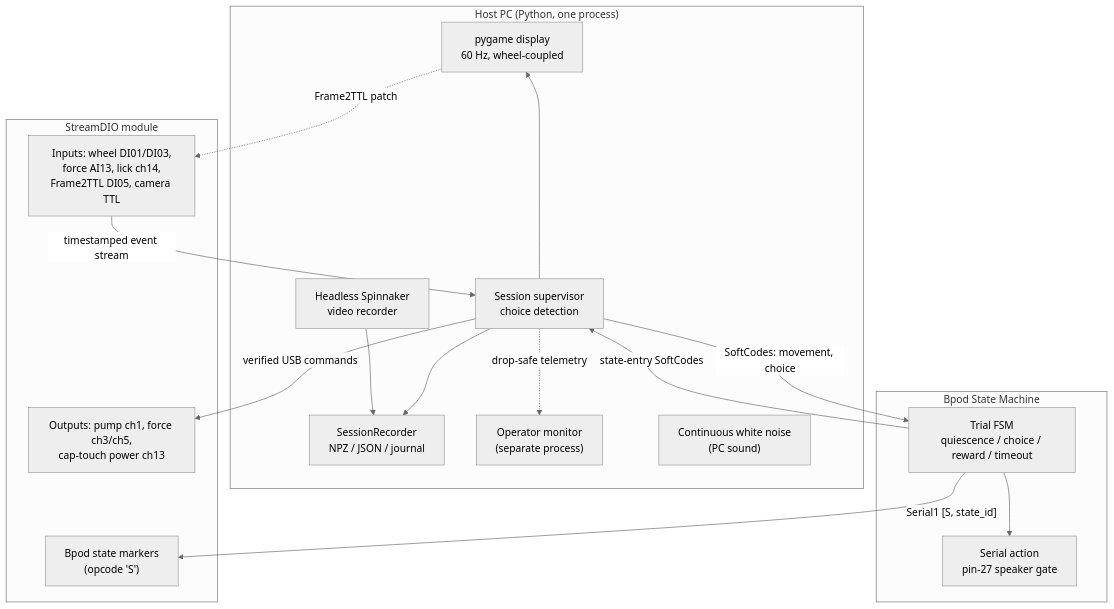
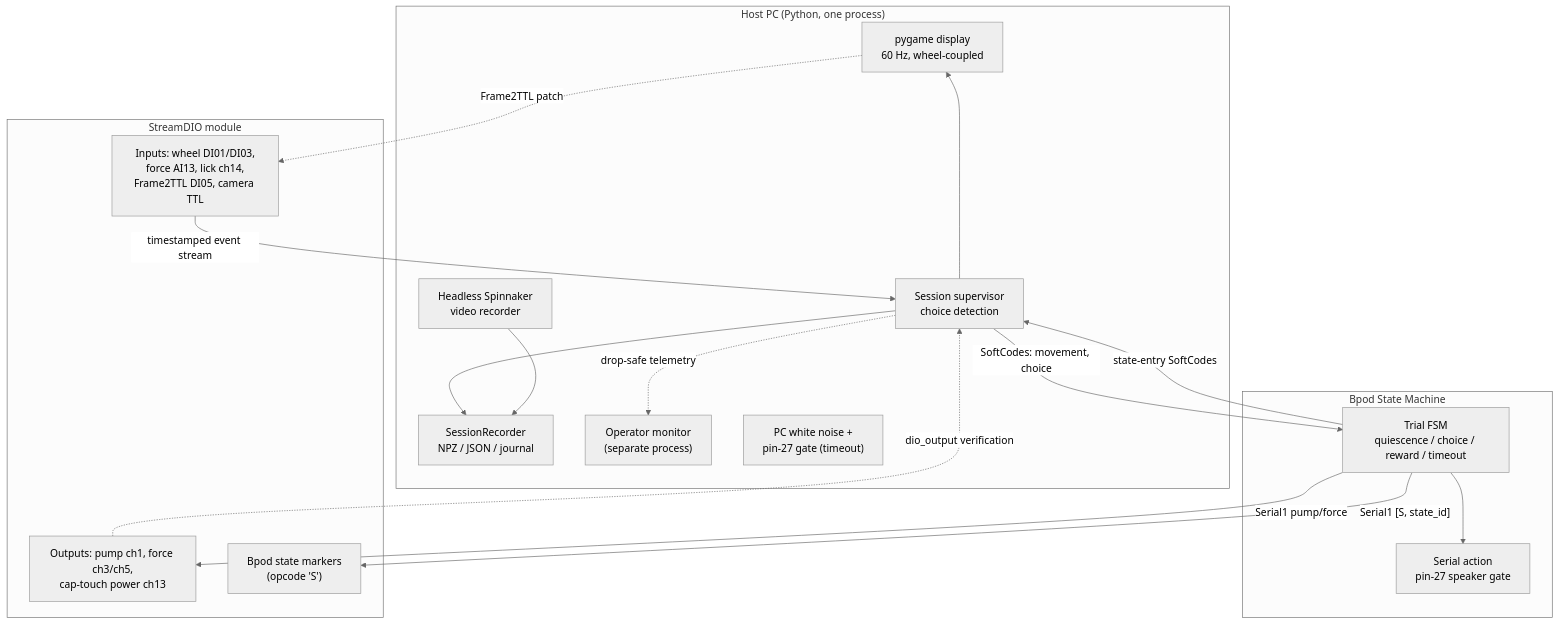
One commit to andrestrocyte/evil_rig changed the first of 2 diagrams in README.md. Above: the diagram before and after it, drawn with Mermaid (neutral theme). The commit also changed other lines of this file, not shown here.

````diff
--- a/README.md
+++ b/README.md
@@ -87,34 +88,35 @@
 ```mermaid
 flowchart TB
     subgraph HOST["Host PC (Python, one process)"]
         DISP["pygame display<br/>60 Hz, wheel-coupled"]
         LOOP["Session supervisor<br/>choice detection"]
         REC["SessionRecorder<br/>NPZ / JSON / journal"]
         CAM["Headless Spinnaker<br/>video recorder"]
         MON["Operator monitor<br/>(separate process)"]
-        SND["Continuous white noise<br/>(PC sound)"]
+        SND["PC white noise +<br/>pin-27 gate (timeout)"]
     end
 
     subgraph BPOD["Bpod State Machine"]
         FSM["Trial FSM<br/>quiescence / choice / reward / timeout"]
         GATE["Serial action<br/>pin-27 speaker gate"]
     end
 
     subgraph SDIO["StreamDIO module"]
         IN["Inputs: wheel DI01/DI03,<br/>force AI13, lick ch14,<br/>Frame2TTL DI05, camera TTL"]
         OUT["Outputs: pump ch1, force ch3/ch5,<br/>cap-touch power ch13"]
         MARK["Bpod state markers<br/>(opcode 'S')"]
     end
 
     LOOP -->|"SoftCodes: movement, choice"| FSM
     FSM -->|"state-entry SoftCodes"| LOOP
     FSM --> GATE
-    LOOP -->|"verified USB commands"| OUT
+    FSM -->|"Serial1 pump/force"| OUT
     IN -->|"timestamped event stream"| LOOP
+    OUT -.->|"dio_output verification"| LOOP
     FSM -->|"Serial1 [S, state_id]"| MARK
     LOOP --> REC
     LOOP --> DISP
     CAM --> REC
     LOOP -. "drop-safe telemetry" .-> MON
     DISP -. "Frame2TTL patch" .-> IN
 ```
````
